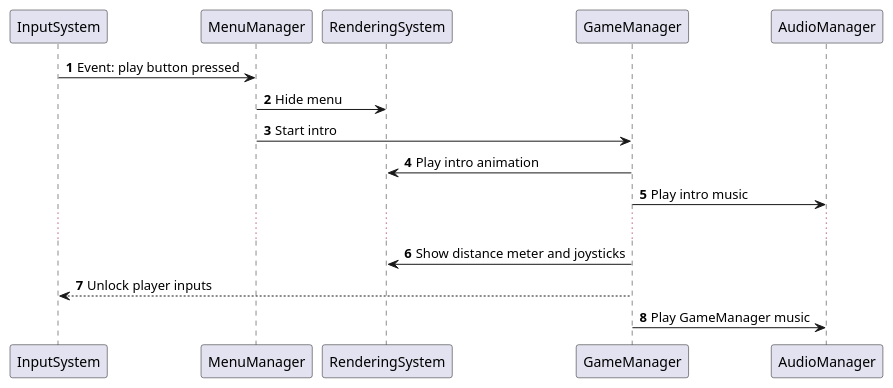
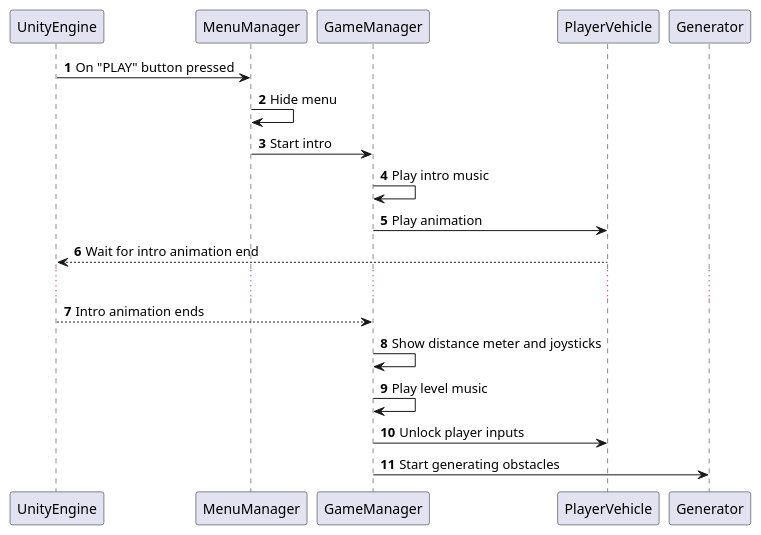
The diagram in UML/UI sequence diagram.puml (CKTA00/Robbery_Rush_UML), drawn with PlantUML before and after one commit. The commit also changed other lines of this file, not shown here.

Commit message:
Changed concept of sequence diagram

```diff
--- a/UML/UI sequence diagram.puml
+++ b/UML/UI sequence diagram.puml
@@ -1,19 +1,23 @@
 @startuml
 'https://plantuml.com/sequence-diagram
 
 autonumber
 
-'just ideas
-InputSystem -> MenuManager: Event: play button pressed
-MenuManager -> RenderingSystem: Hide menu
+
+
+UnityEngine -> MenuManager: On "PLAY" button pressed
+MenuManager -> MenuManager: Hide menu
 MenuManager -> GameManager: Start intro
-GameManager -> RenderingSystem: Play intro animation
-GameManager -> AudioManager: Play intro music
+GameManager->GameManager: Play intro music
+GameManager-> PlayerVehicle: Play animation
+PlayerVehicle --> UnityEngine: Wait for intro animation end
 ...
+UnityEngine --> GameManager: Intro animation ends
+GameManager -> GameManager: Show distance meter and joysticks
+GameManager -> GameManager: Play level music
+GameManager -> PlayerVehicle: Unlock player inputs
+GameManager -> Generator: Start generating obstacles
 
-GameManager -> RenderingSystem: Show distance meter and joysticks
-GameManager --> InputSystem: Unlock player inputs
-GameManager -> AudioManager: Play GameManager music
 
 
 @enduml
```
